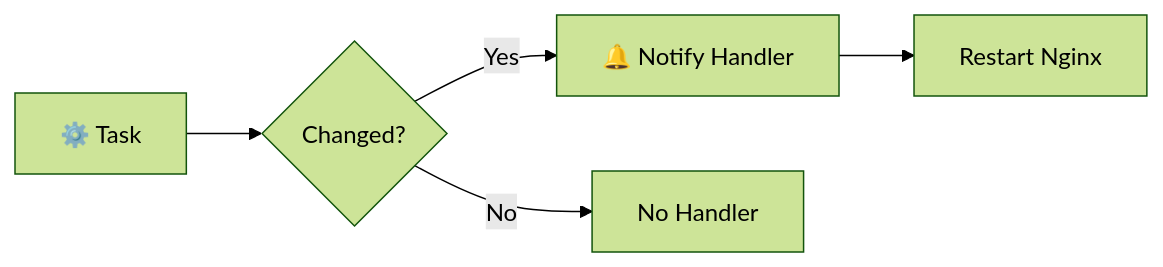
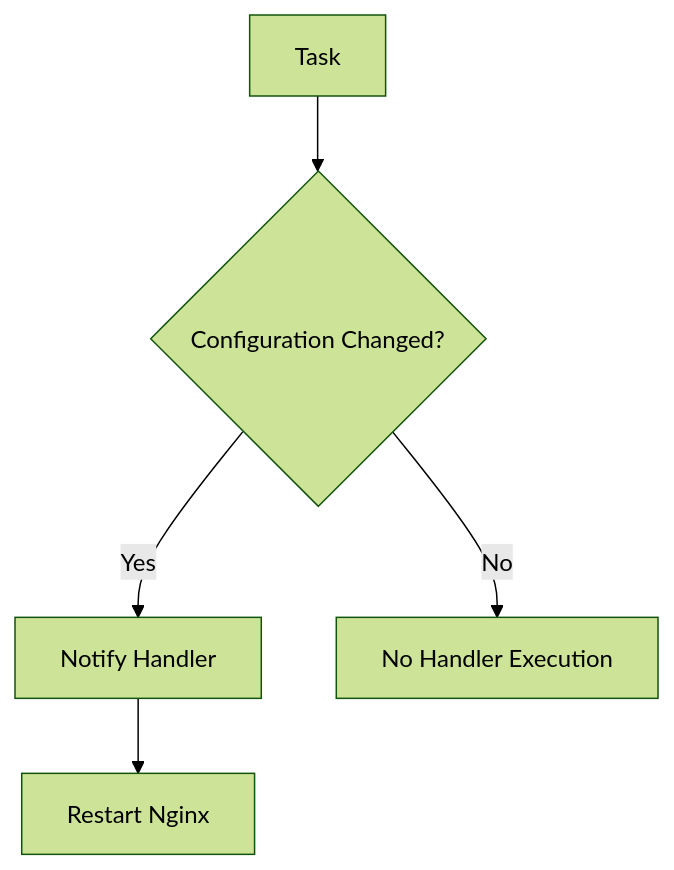
One commit to Yuvii2102/My-Devops-Cloud-Journey changed diagram 14 of 37 in DevOps-Labs-and-Projects/ Day-06 to Day-12/README.md. Above: the diagram before and after it, drawn with Mermaid (forest theme). The commit also changed other lines of this file, not shown here.

````diff
--- a/DevOps-Labs-and-Projects/ Day-06 to Day-12/README.md
+++ b/DevOps-Labs-and-Projects/ Day-06 to Day-12/README.md
@@ -947,7 +675,7 @@
 ```mermaid
-flowchart LR
-    A["⚙️ Task"] --> B{"Changed?"}
-    B -->|Yes| C["🔔 Notify Handler"]
+flowchart TD
+    A["Task"] --> B{"Configuration Changed?"}
+    B -->|Yes| C["Notify Handler"]
     C --> D["Restart Nginx"]
-    B -->|No| E["No Handler"]
+    B -->|No| E["No Handler Execution"]
 ```
````
